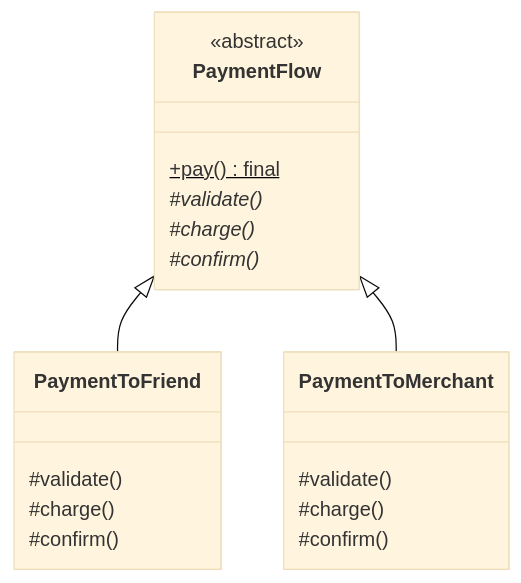
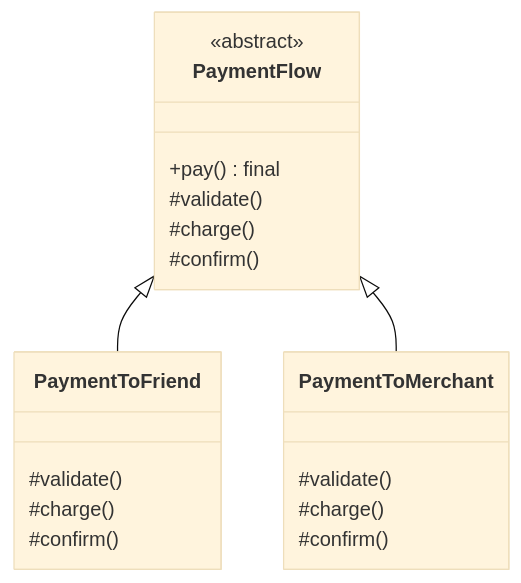
Before and after one commit to shahbaz8584/low-level-design: the diagram in LLD/DesignPattern/behavioralDesign/templatePattern/UML/ClassDiagram.md, drawn with Mermaid (base theme). The commit also changed 4393 other files, not shown here.

Commit message:
docs: regenerate PDF with SVG diagrams and add pattern references

````diff
--- a/LLD/DesignPattern/behavioralDesign/templatePattern/UML/ClassDiagram.md
+++ b/LLD/DesignPattern/behavioralDesign/templatePattern/UML/ClassDiagram.md
@@ -3,25 +3,25 @@
 ```mermaid
 classDiagram
     class PaymentFlow {
         <<abstract>>
-        +pay()$ final
-        #validate()*
-        #charge()*
-        #confirm()*
+        +pay() final
+        #validate()
+        #charge()
+        #confirm()
     }
-    
+
     class PaymentToFriend {
         #validate()
         #charge()
         #confirm()
     }
-    
+
     class PaymentToMerchant {
         #validate()
         #charge()
         #confirm()
     }
-    
+
     PaymentFlow <|-- PaymentToFriend
     PaymentFlow <|-- PaymentToMerchant
 ```
````
